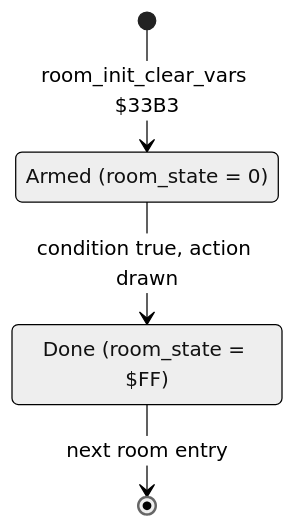
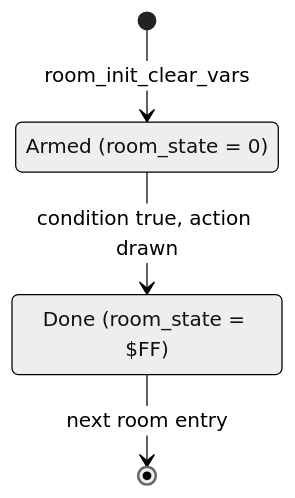
One commit to henols/c64_games changed the second of 4 diagrams in bruce_lee/docs/rooms.md. Above: the diagram before and after it, drawn with Mermaid (neutral theme). The commit also changed other lines of this file and 124 other files, not shown here.

```diff
--- a/bruce_lee/docs/rooms.md
+++ b/bruce_lee/docs/rooms.md
@@ -486,8 +518,8 @@
 ~~~mermaid
 stateDiagram-v2
   state "Armed (room_state = 0)" as Armed
   state "Done (room_state = $FF)" as Done
-  [*] --> Armed: room_init_clear_vars $33B3
+  [*] --> Armed: room_init_clear_vars
   Armed --> Done: condition true, action drawn
   Done --> [*]: next room entry
 ~~~
```
